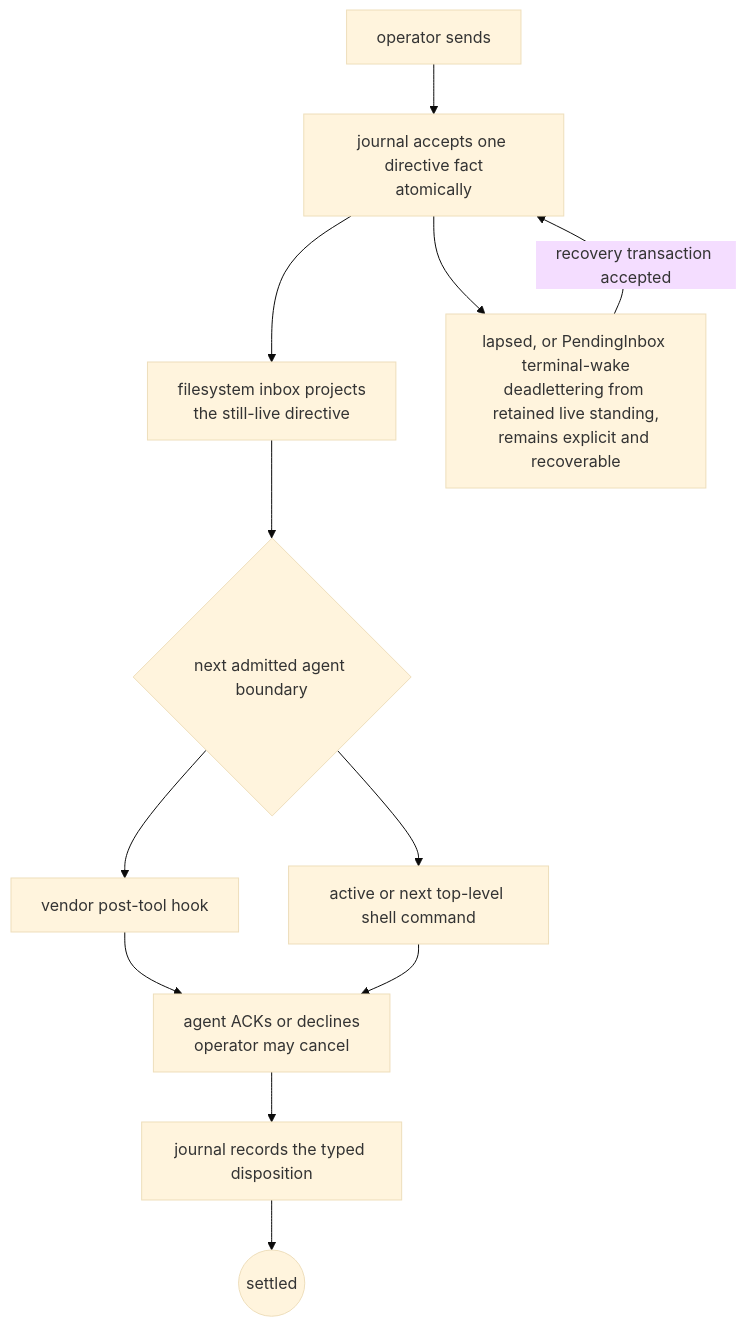
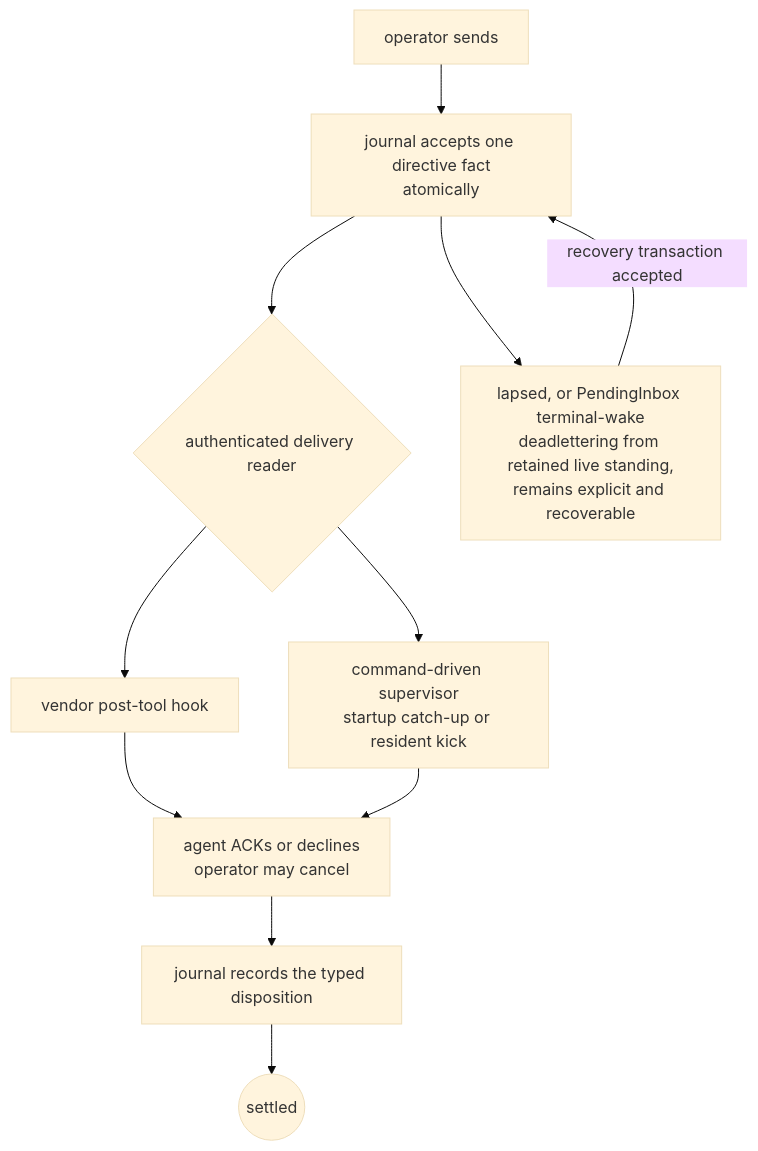
One commit to infimalabs/spice-rust changed the second of 23 diagrams in docs/product/value.md. Above: the diagram before and after it, drawn with Mermaid (base theme). The commit also changed other lines of this file and 95 other files, not shown here.

````diff
--- a/docs/product/value.md
+++ b/docs/product/value.md
@@ -41,14 +41,13 @@
 ```mermaid
 flowchart TD
   O["operator sends"] --> J["journal accepts one directive fact<br/>atomically"]
-  J --> F["filesystem inbox projects<br/>the still-live directive"]
-  F --> B{"next admitted agent boundary"}
+  J --> B{"authenticated delivery reader"}
   B --> V["vendor post-tool hook"]
-  B --> S["active or next top-level shell command"]
+  B --> S["command-driven supervisor<br/>startup catch-up or resident kick"]
   V --> K["agent ACKs or declines<br/>operator may cancel"]
   S --> K
   K --> T["journal records the typed disposition"]
   T --> E(("settled"))
   J --> D["lapsed, or PendingInbox terminal-wake<br/>deadlettering from retained live standing,<br/>remains explicit and recoverable"]
   D -->|"recovery transaction accepted"| J
 ```
````
